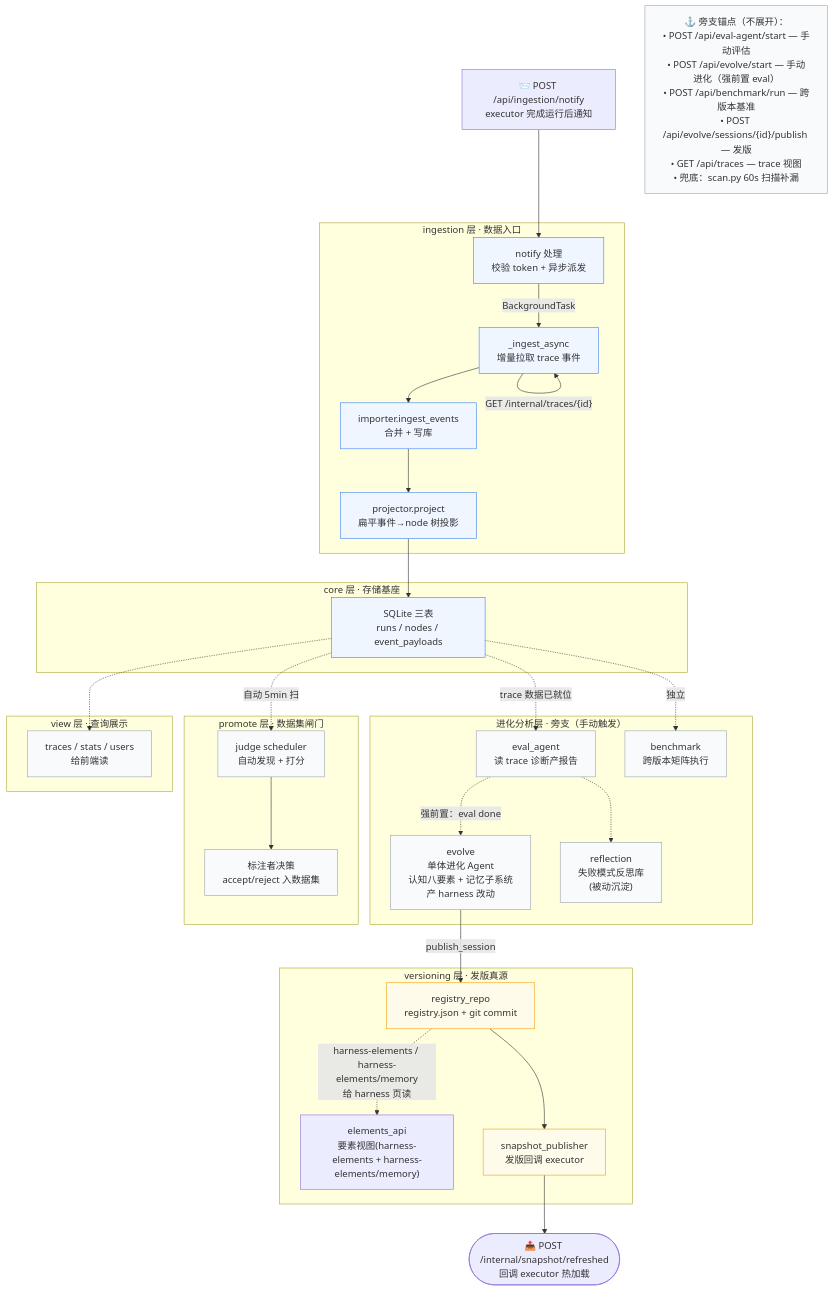
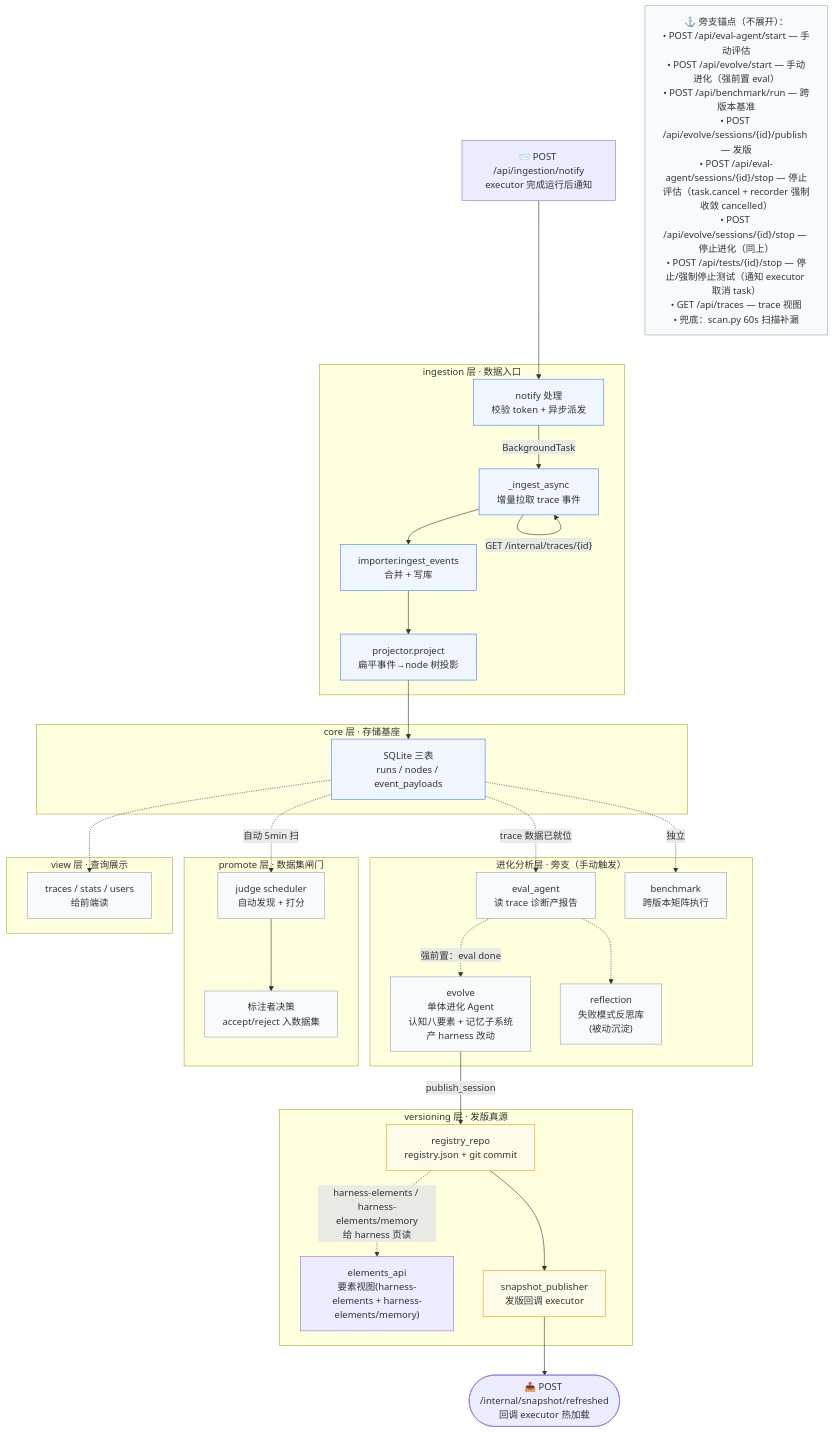
The third of 8 diagrams in docs/系统心智模型.md (gaoshoupaper-code/EvoWriter), drawn with Mermaid before and after one commit. The commit also changed 5 other files, not shown here.

````diff
--- a/docs/系统心智模型.md
+++ b/docs/系统心智模型.md
@@ -216,75 +216,75 @@
 ```mermaid
 flowchart TD
     Notify["📨 POST /api/ingestion/notify<br/>executor 完成运行后通知"]
 
     subgraph L_Ingest["ingestion 层 · 数据入口"]
         I1["notify 处理<br/>校验 token + 异步派发"]
         I2["_ingest_async<br/>增量拉取 trace 事件"]
         I3["importer.ingest_events<br/>合并 + 写库"]
         I4["projector.project<br/>扁平事件→node 树投影"]
     end
 
     subgraph L_Core["core 层 · 存储基座"]
         C1["SQLite 三表<br/>runs / nodes / event_payloads"]
     end
 
     subgraph L_Evolve["进化分析层 · 旁支（手动触发）"]
         E1["eval_agent<br/>读 trace 诊断产报告"]
         E2["evolve<br/>单体进化 Agent<br/>认知八要素 + 记忆子系统<br/>产 harness 改动"]
         E3["benchmark<br/>跨版本矩阵执行"]
         E4["reflection<br/>失败模式反思库<br/>(被动沉淀)"]
     end
 
     subgraph L_Promote["promote 层 · 数据集闸门"]
         PM1["judge scheduler<br/>自动发现 + 打分"]
         PM2["标注者决策<br/>accept/reject 入数据集"]
     end
 
     subgraph L_Version["versioning 层 · 发版真源"]
         V1["registry_repo<br/>registry.json + git commit"]
         V1b["elements_api<br/>要素视图(harness-elements + harness-elements/memory)"]
         V2["snapshot_publisher<br/>发版回调 executor"]
     end
 
     subgraph L_View["view 层 · 查询展示"]
         VW1["traces / stats / users<br/>给前端读"]
     end
 
     Out2(["📤 POST /internal/snapshot/refreshed<br/>回调 executor 热加载"])
 
     %% 主线
     Notify --> I1
     I1 -->|"BackgroundTask"| I2
     I2 -->|"GET /internal/traces/{id}"| I2
     I2 --> I3
     I3 --> I4
     I4 --> C1
 
     %% 进化分析（旁支，从已存数据触发）
     C1 -.->|"trace 数据已就位"| E1
     E1 -.->|"强前置：eval done"| E2
     E1 -.-> E4
     C1 -.->|"独立"| E3
     C1 -.->|"自动 5min 扫"| PM1
     PM1 --> PM2
 
     %% 发版
     E2 -->|"publish_session"| V1
     V1 --> V2
     V2 --> Out2
 
     %% 查询
     C1 -.-> VW1
     V1 -.->|"harness-elements / harness-elements/memory<br/>给 harness 页读"| V1b
 
-    Anchor3["⚓ 旁支锚点（不展开）：<br/>• POST /api/eval-agent/start — 手动评估<br/>• POST /api/evolve/start — 手动进化（强前置 eval）<br/>• POST /api/benchmark/run — 跨版本基准<br/>• POST /api/evolve/sessions/{id}/publish — 发版<br/>• GET /api/traces — trace 视图<br/>• 兜底：scan.py 60s 扫描补漏"]
+    Anchor3["⚓ 旁支锚点（不展开）：<br/>• POST /api/eval-agent/start — 手动评估<br/>• POST /api/evolve/start — 手动进化（强前置 eval）<br/>• POST /api/benchmark/run — 跨版本基准<br/>• POST /api/evolve/sessions/{id}/publish — 发版<br/>• POST /api/eval-agent/sessions/{id}/stop — 停止评估（task.cancel + recorder 强制收敛 cancelled）<br/>• POST /api/evolve/sessions/{id}/stop — 停止进化（同上）<br/>• POST /api/tests/{id}/stop — 停止/强制停止测试（通知 executor 取消 task）<br/>• GET /api/traces — trace 视图<br/>• 兜底：scan.py 60s 扫描补漏"]
 
     classDef main fill:#eff6ff,stroke:#3b82f6
     classDef side fill:#f9fafb,stroke:#9ca3af
     classDef ver fill:#fffbeb,stroke:#f59e0b
 
     class I1,I2,I3,I4,C1 main
     class E1,E2,E3,E4,PM1,PM2,VW1 side
     class V1,V2 ver
     class Anchor3 side
 ```
````
